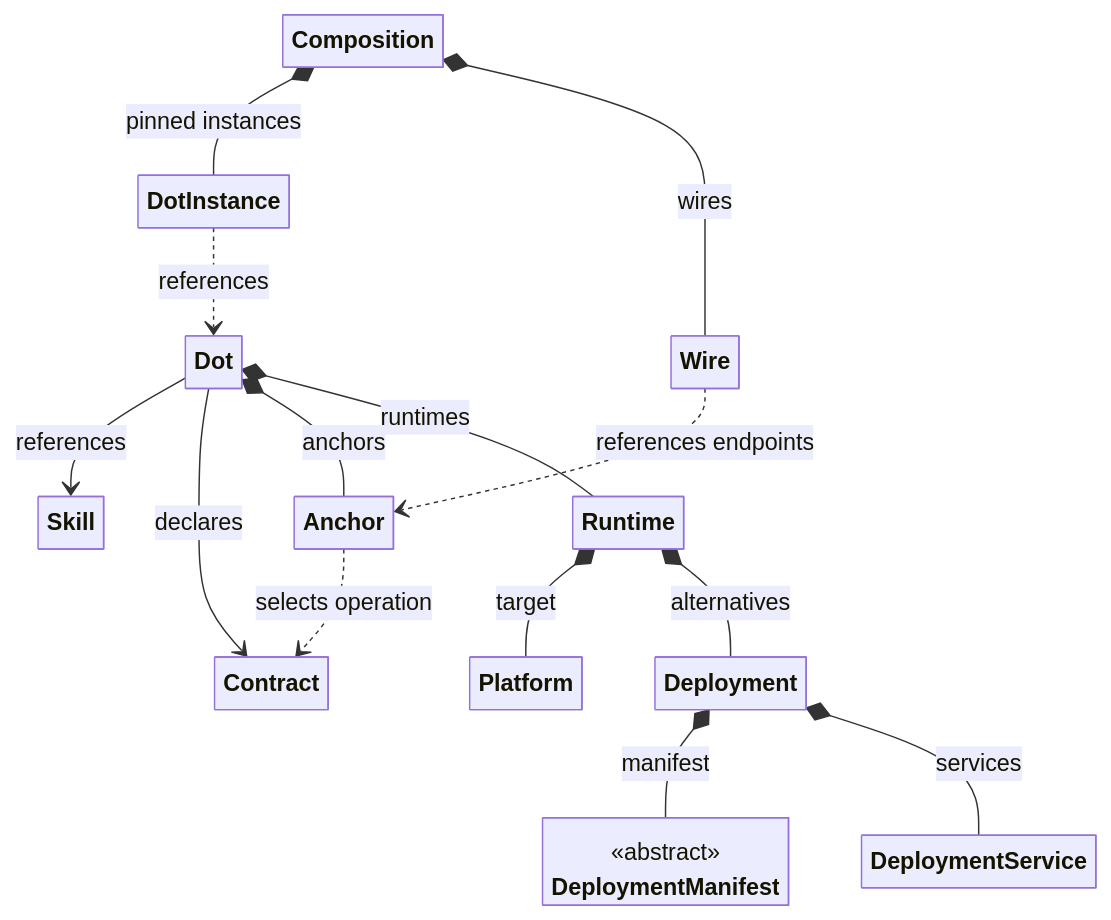
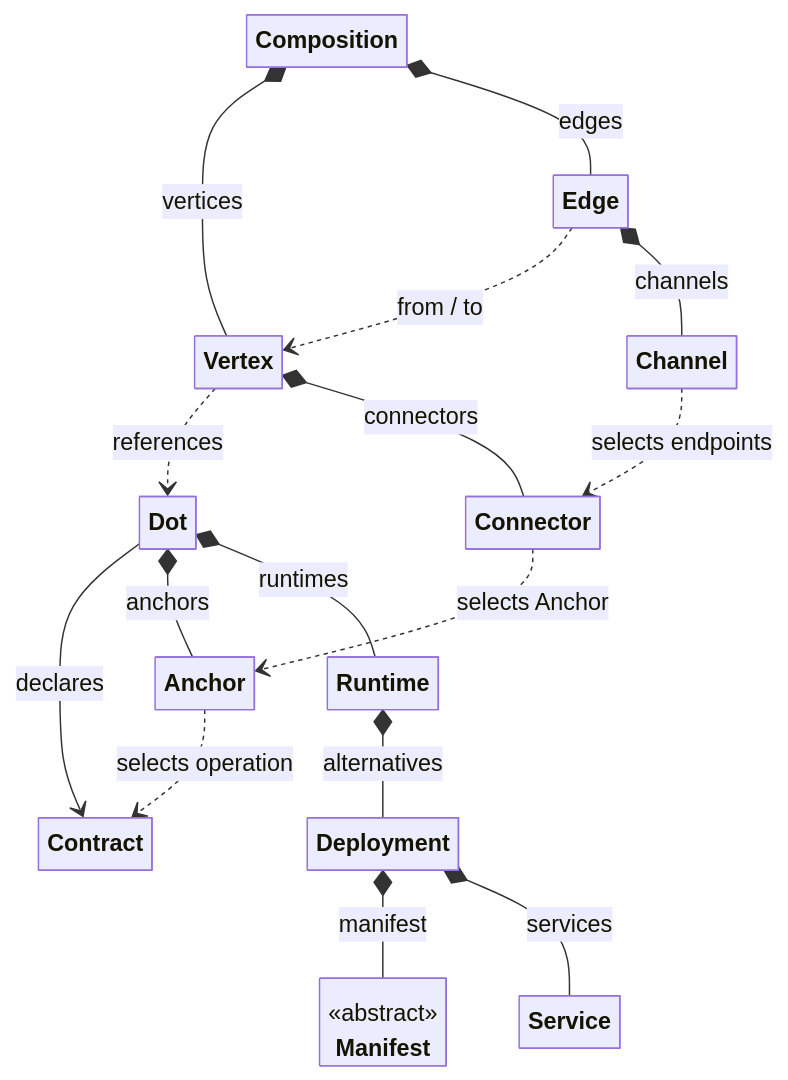
The diagram in DOT-Design/next/dot-design/_attachments/diagrams/dot-domain-overview.mmd (MARE-EU-Project/DOT-Docs), drawn with Mermaid before and after one commit. The commit also changed 257 other files, not shown here.

```diff
--- a/DOT-Design/next/dot-design/_attachments/diagrams/dot-domain-overview.mmd
+++ b/DOT-Design/next/dot-design/_attachments/diagrams/dot-domain-overview.mmd
@@ -1,41 +1,43 @@
 ---
 config:
   class:
     hideEmptyMembersBox: true
     nodeSpacing: 20
     rankSpacing: 30
     padding: 6
 ---
 classDiagram
   direction TB
   accTitle: Simplified DOT domain model
-  accDescr: Dot references Skills, declares Contracts, and contains Anchors and Runtime alternatives. An Anchor selects a Contract operation. Each Runtime targets a Platform and contains Deployments. A Deployment contains one manifest and its logical services. A separate Composition aggregate owns pinned DOT instances and wires referencing Anchors, never embedded DOT definitions.
+  accDescr: Dot declares Contracts and contains Anchors and Runtime alternatives. An Anchor selects a Contract operation. Each Runtime offers Deployments. A Deployment contains one manifest and its logical services. A separate Composition aggregate owns vertices that select exact DOT releases. Edges connect vertices and contain channels that select their connectors.
 
   class Dot
-  class Skill
   class Contract
   class Anchor
   class Runtime
-  class Platform
   class Deployment
-  class DeploymentManifest {
+  class Manifest {
     <<abstract>>
   }
-  class DeploymentService
+  class Service
   class Composition
-  class DotInstance
-  class Wire
+  class Vertex
+  class Edge
+  class Channel
+  class Connector
 
-  Composition *-- DotInstance : pinned instances
-  Composition *-- Wire : wires
-  DotInstance ..> Dot : references
-  Wire ..> Anchor : references endpoints
-  Dot --> Skill : references
+  Composition *-- Vertex : vertices
+  Composition *-- Edge : edges
+  Vertex ..> Dot : references
+  Edge ..> Vertex : from / to
+  Edge *-- Channel : channels
+  Vertex *-- Connector : connectors
+  Channel ..> Connector : selects endpoints
+  Connector ..> Anchor : selects Anchor
   Dot --> Contract : declares
   Dot *-- Anchor : anchors
   Dot *-- Runtime : runtimes
   Anchor ..> Contract : selects operation
-  Runtime *-- Platform : target
   Runtime *-- Deployment : alternatives
-  Deployment *-- DeploymentManifest : manifest
-  Deployment *-- DeploymentService : services
+  Deployment *-- Manifest : manifest
+  Deployment *-- Service : services
```
